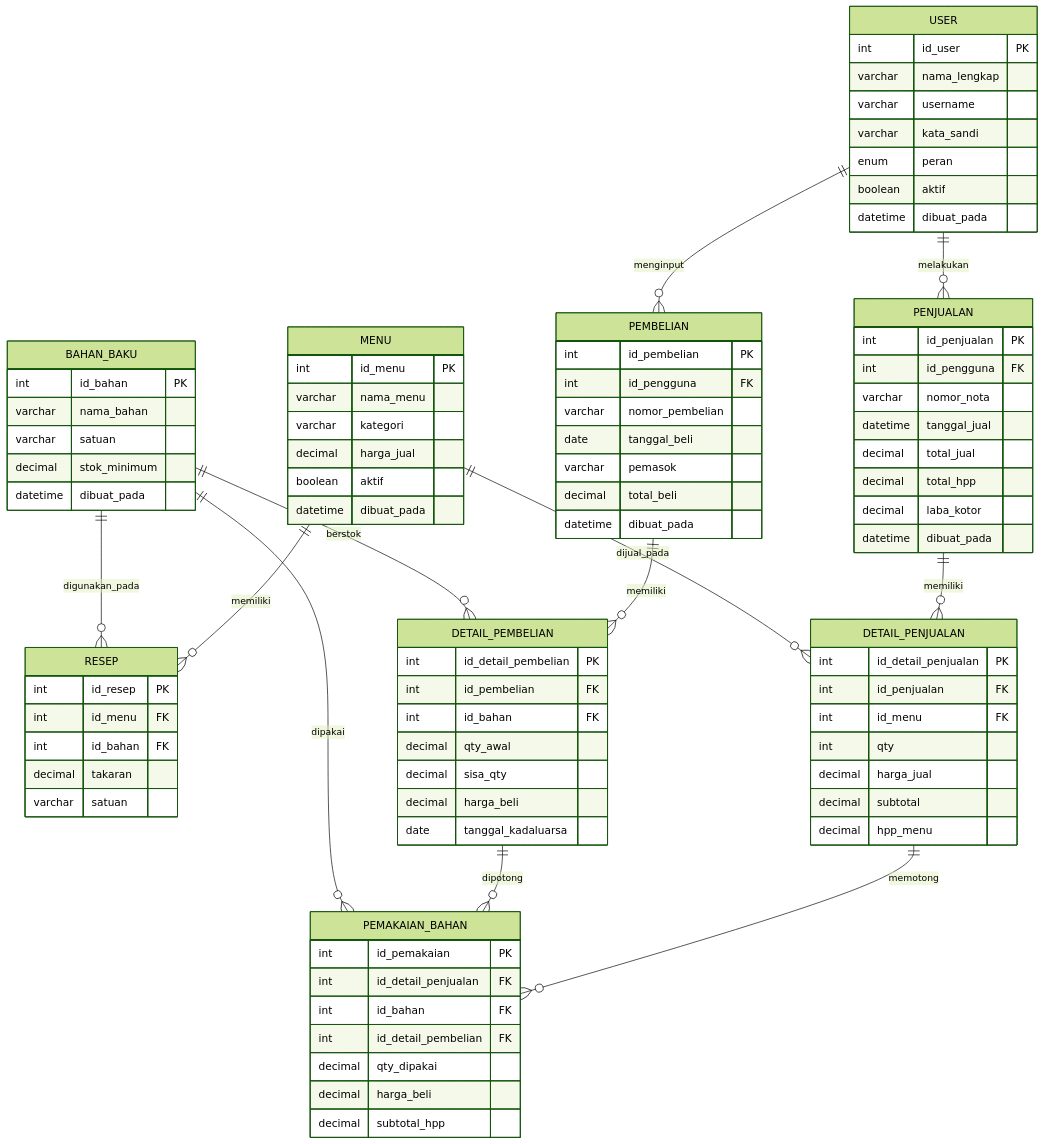
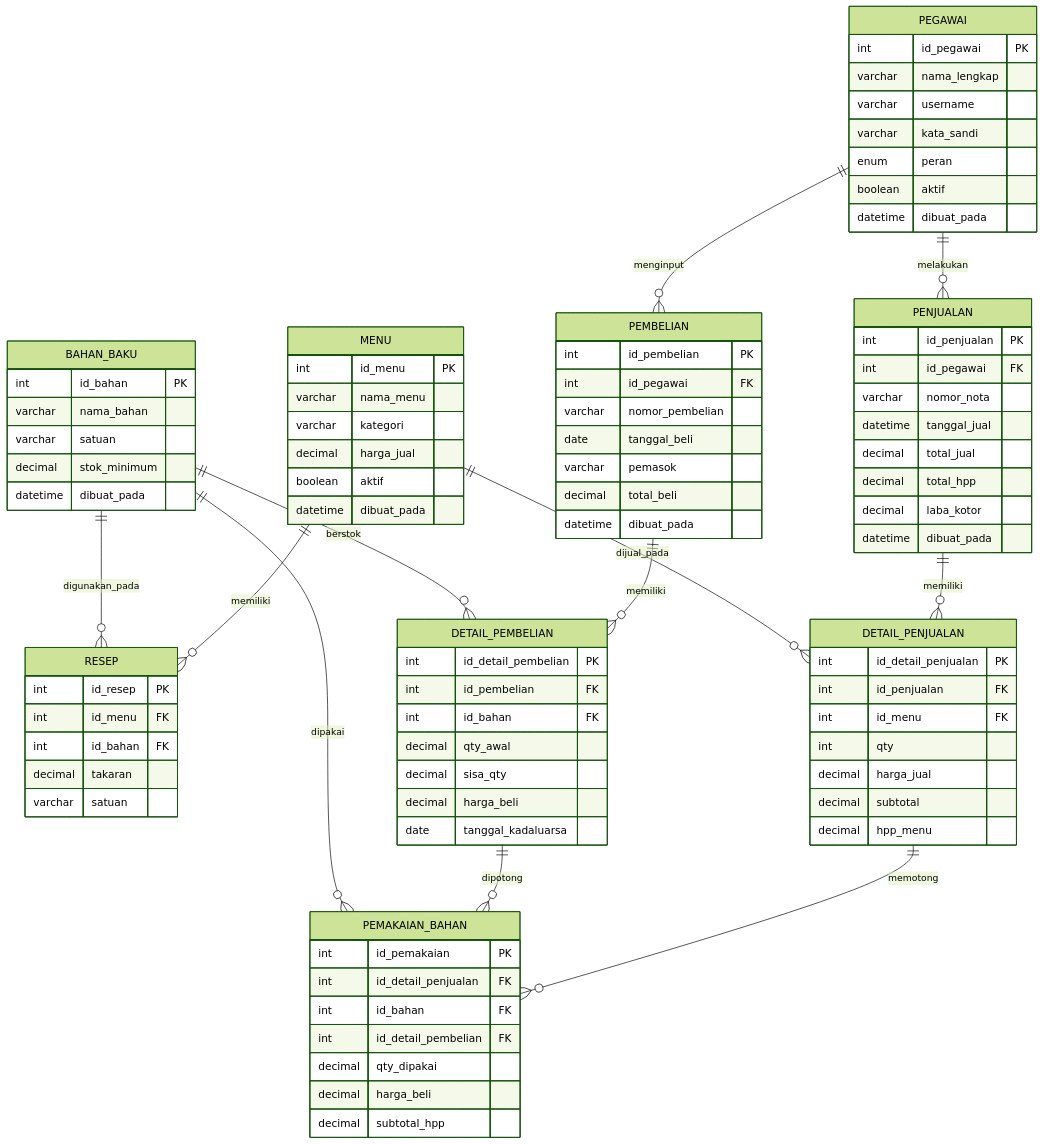
Before and after one commit to ln-tc999/hack: the diagram in ta/ERD_Relasi_Gambar3-1.md, drawn with Mermaid (forest theme). The commit also changed other lines of this file and 2 other files, not shown here.

````diff
--- a/ta/ERD_Relasi_Gambar3-1.md
+++ b/ta/ERD_Relasi_Gambar3-1.md
@@ -14,7 +14,7 @@
 ```mermaid
 erDiagram
-    USER   ||--o{ PEMBELIAN       : menginput
-    USER   ||--o{ PENJUALAN       : melakukan
+    PEGAWAI   ||--o{ PEMBELIAN       : menginput
+    PEGAWAI   ||--o{ PENJUALAN       : melakukan
     MENU       ||--o{ RESEP           : memiliki
     BAHAN_BAKU ||--o{ RESEP           : digunakan_pada
     PEMBELIAN  ||--o{ DETAIL_PEMBELIAN: memiliki
@@ -25,8 +25,8 @@
     DETAIL_PEMBELIAN ||--o{ PEMAKAIAN_BAHAN : dipotong
     BAHAN_BAKU       ||--o{ PEMAKAIAN_BAHAN : dipakai
 
-    USER {
-        int id_user PK
+    PEGAWAI {
+        int id_pegawai PK
         varchar nama_lengkap
         varchar username
         varchar kata_sandi
@@ -58,7 +58,7 @@
     }
     PEMBELIAN {
         int id_pembelian PK
-        int id_pengguna FK
+        int id_pegawai FK
         varchar nomor_pembelian
         date tanggal_beli
         varchar pemasok
@@ -76,7 +76,7 @@
     }
     PENJUALAN {
         int id_penjualan PK
-        int id_pengguna FK
+        int id_pegawai FK
         varchar nomor_nota
         datetime tanggal_jual
         decimal total_jual
````
